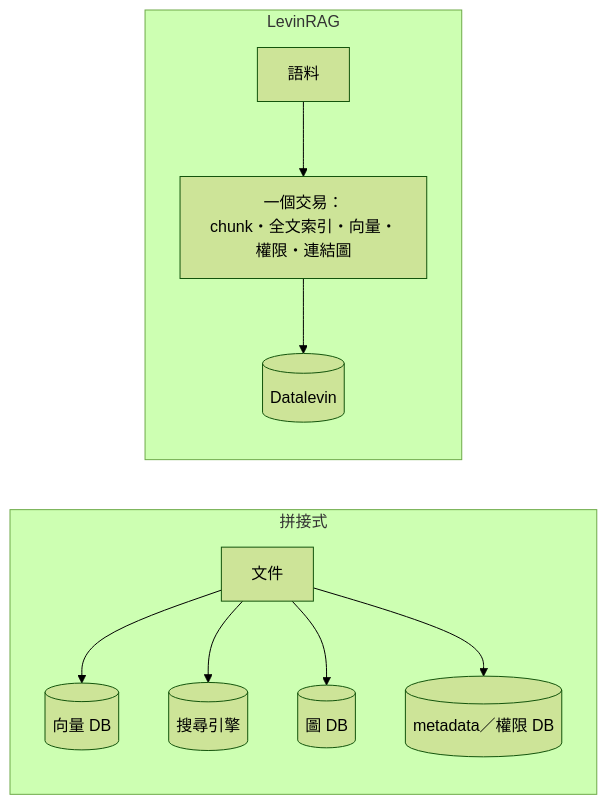
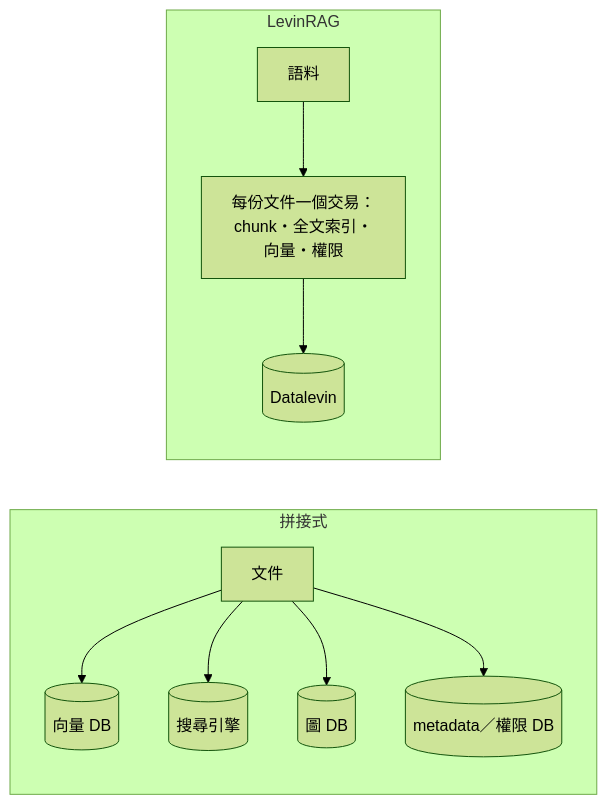
Before and after one commit to humorless/levinrag: the diagram in README.zh-TW.md, drawn with Mermaid (forest theme). The commit also changed other lines of this file and 3 other files, not shown here.

````diff
--- a/README.zh-TW.md
+++ b/README.zh-TW.md
@@ -19,12 +19,12 @@
 ```mermaid
 flowchart LR
   subgraph A[拼接式]
     D1[文件] --> V[(向量 DB)]
     D1 --> S[(搜尋引擎)]
     D1 --> G[(圖 DB)]
     D1 --> M[(metadata／權限 DB)]
   end
   subgraph B[LevinRAG]
-    D2[語料] --> T[一個交易：<br/>chunk・全文索引・向量・<br/>權限・連結圖] --> X[(Datalevin)]
+    D2[語料] --> T[每份文件一個交易：<br/>chunk・全文索引・<br/>向量・權限] --> X[(Datalevin)]
   end
 ```
````
